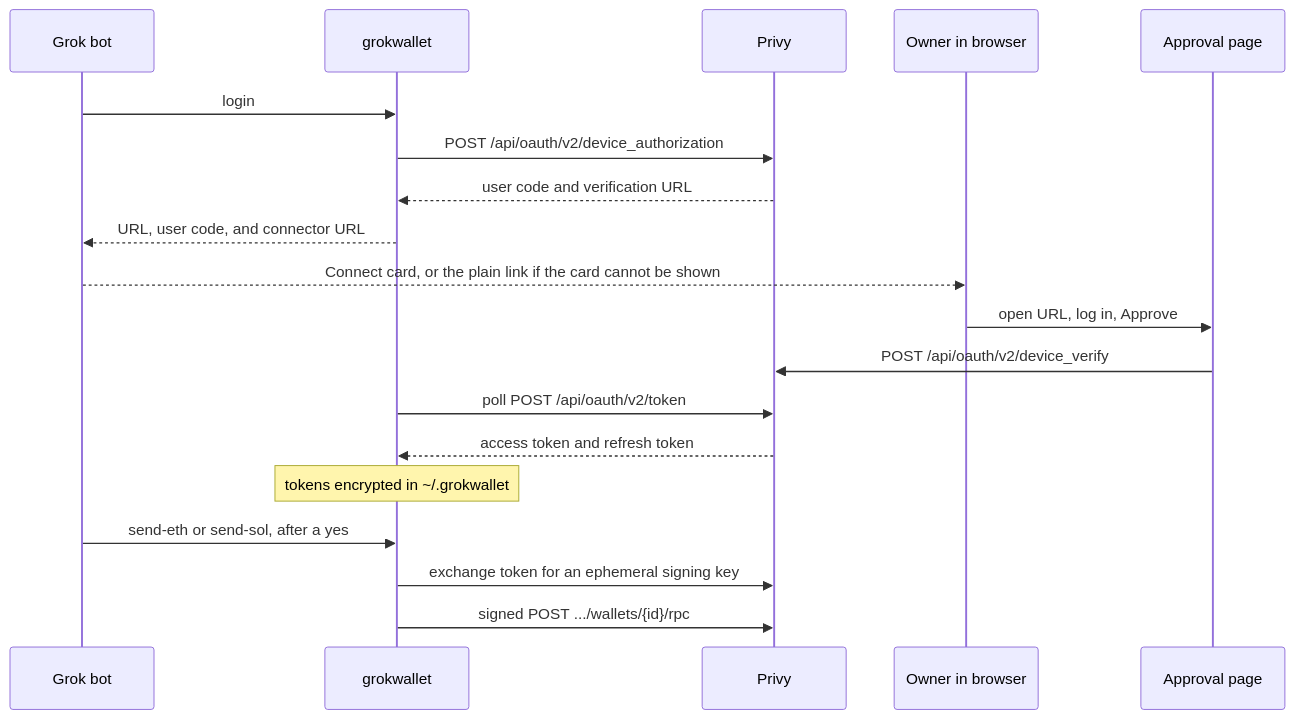
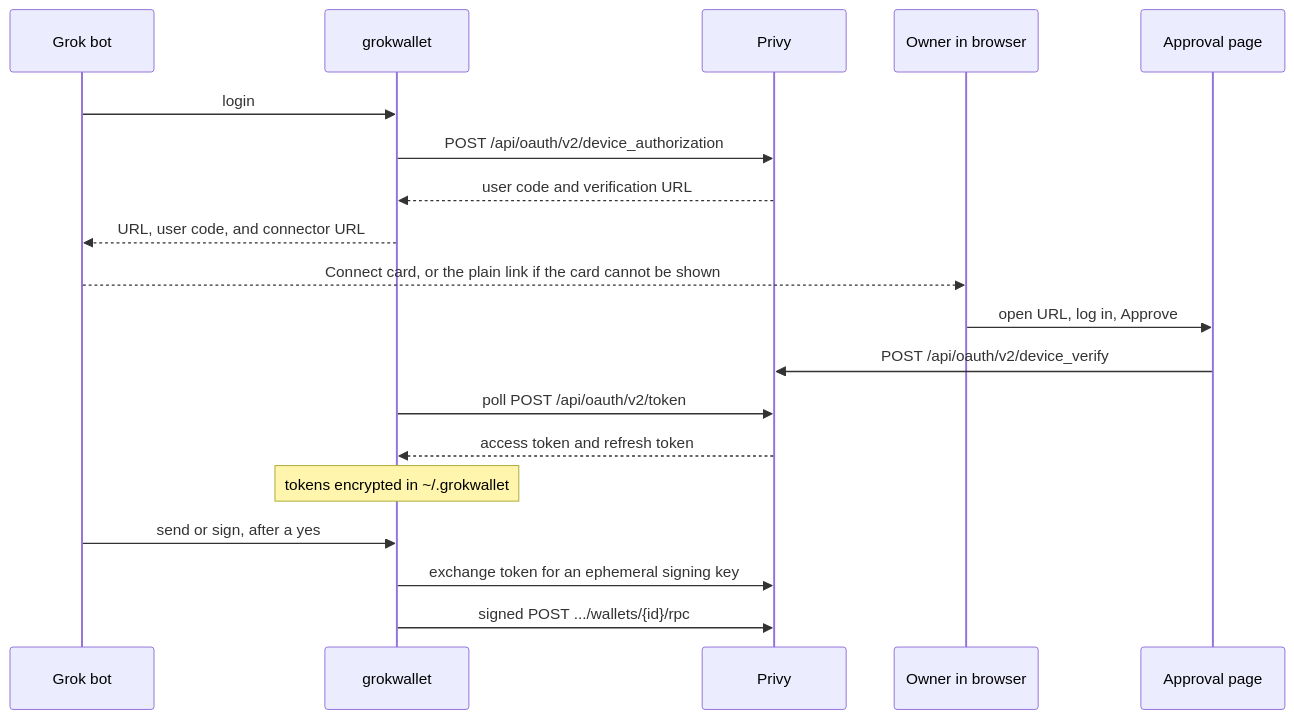
The diagram in README.md (manu-labs/grokwallet), drawn with Mermaid before and after one commit. The commit also changed other lines of this file and 20 other files, not shown here.

First line of the commit message:
Sign typed data, send ERC-20, and add Arbitrum (v0.2.3)

````diff
--- a/README.md
+++ b/README.md
@@ -9,22 +9,22 @@
 ```mermaid
 sequenceDiagram
   participant Agent as Grok bot
   participant CLI as grokwallet
   participant Privy as Privy
   participant Owner as Owner in browser
   participant Page as Approval page
 
   Agent->>CLI: login
   CLI->>Privy: POST /api/oauth/v2/device_authorization
   Privy-->>CLI: user code and verification URL
   CLI-->>Agent: URL, user code, and connector URL
   Agent-->>Owner: Connect card, or the plain link if the card cannot be shown
   Owner->>Page: open URL, log in, Approve
   Page->>Privy: POST /api/oauth/v2/device_verify
   CLI->>Privy: poll POST /api/oauth/v2/token
   Privy-->>CLI: access token and refresh token
   Note over CLI: tokens encrypted in ~/.grokwallet
-  Agent->>CLI: send-eth or send-sol, after a yes
+  Agent->>CLI: send or sign, after a yes
   CLI->>Privy: exchange token for an ephemeral signing key
   CLI->>Privy: signed POST .../wallets/{id}/rpc
 ```
````
